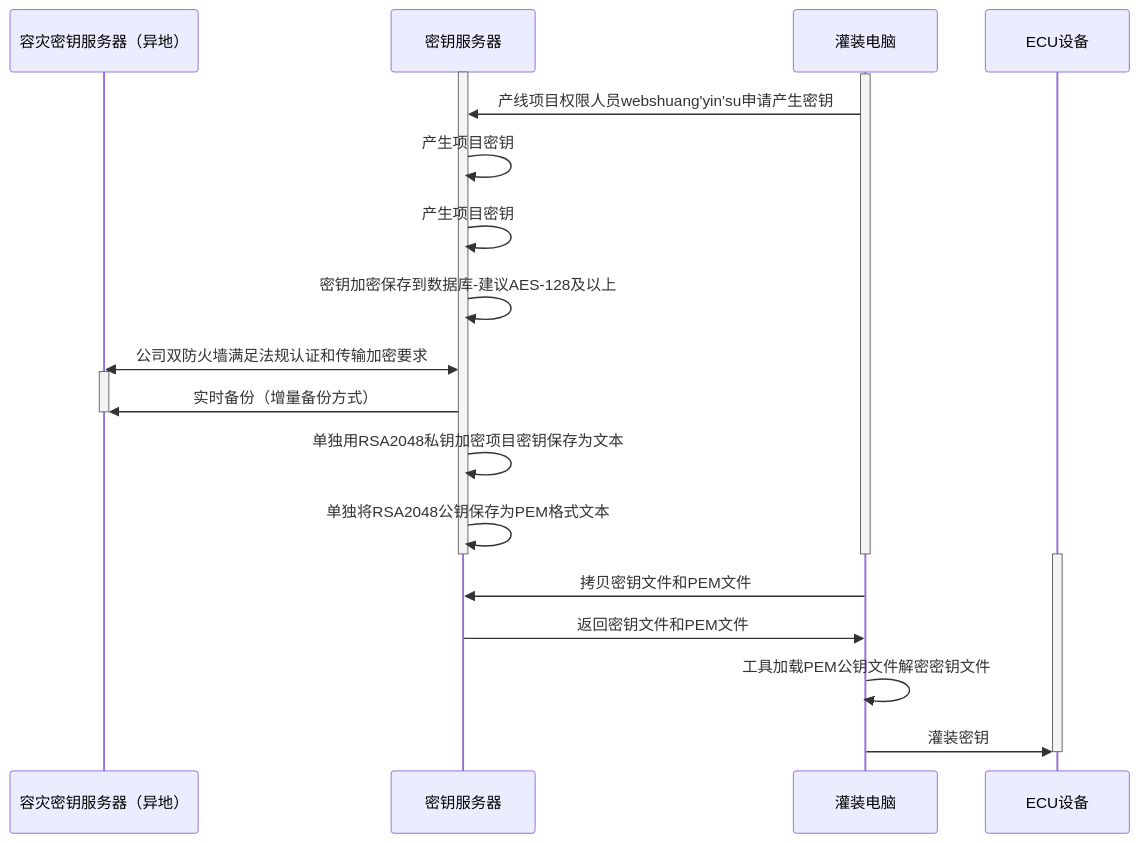
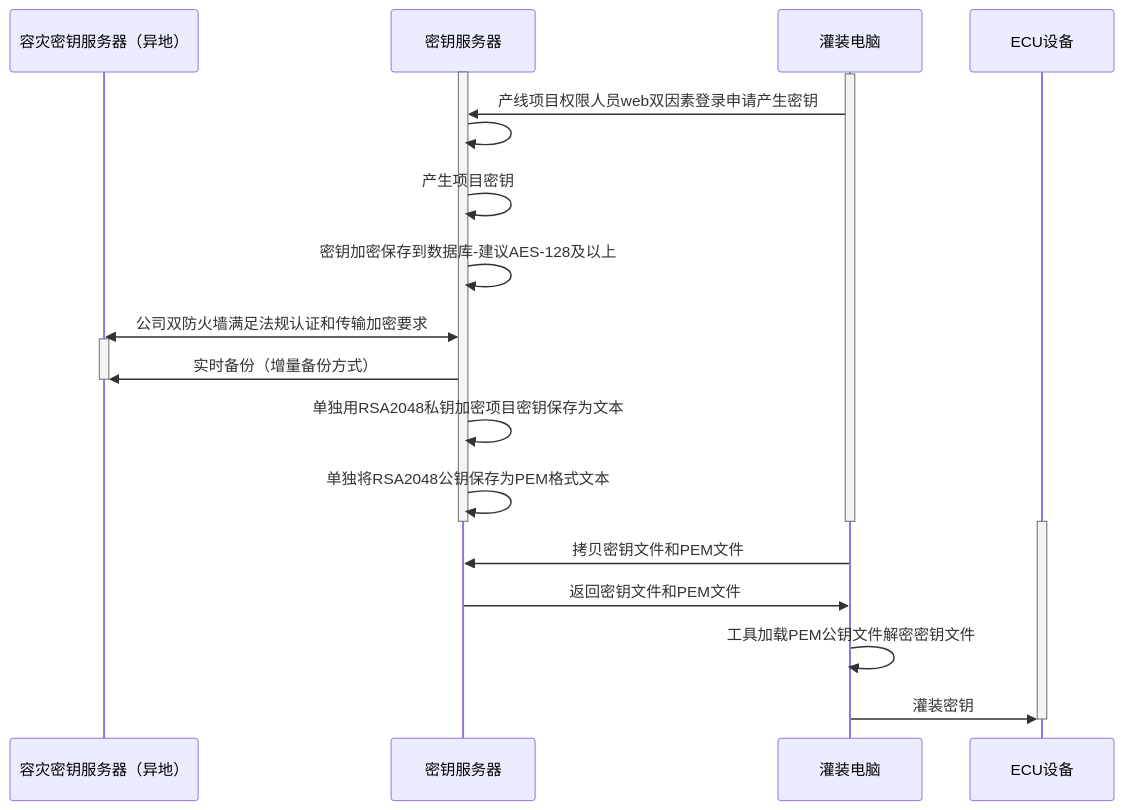
Before and after one commit to facebook-cloud/iodraw-files: the diagram in all/未命名-15.md, drawn with Mermaid.

Commit message:
2026-02-11 19:27:16 update

````diff
--- a/all/未命名-15.md
+++ b/all/未命名-15.md
@@ -1,31 +1,31 @@
 ```mermaid
 sequenceDiagram
     participant A as 容灾密钥服务器（异地）
     participant B as 密钥服务器
     participant D as 灌装电脑
     participant E as ECU设备
 
     activate B
     activate D
-    D->>B: 产线项目权限人员webshuang'yin'su申请产生密钥
-    B->>B: 产生项目密钥
+    D->>B: 产线项目权限人员web双因素登录申请产生密钥
+    B->>B: 
     B->>B: 产生项目密钥
     B->>B: 密钥加密保存到数据库-建议AES-128及以上
     A<<->>B: 公司双防火墙满足法规认证和传输加密要求
 
     activate A
     B->>A: 实时备份（增量备份方式）
     deactivate A
     B->>B: 单独用RSA2048私钥加密项目密钥保存为文本
     B->>B: 单独将RSA2048公钥保存为PEM格式文本
     deactivate B
     deactivate D
 
     activate E
     D->>B: 拷贝密钥文件和PEM文件
     B->>D: 返回密钥文件和PEM文件
     D->>D:工具加载PEM公钥文件解密密钥文件
     D->>E: 灌装密钥
     deactivate E
 
 ```
````
